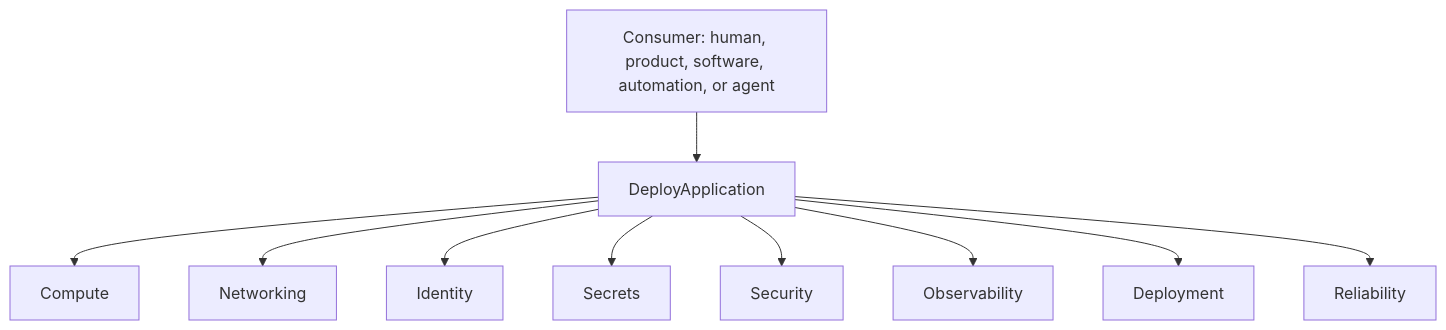
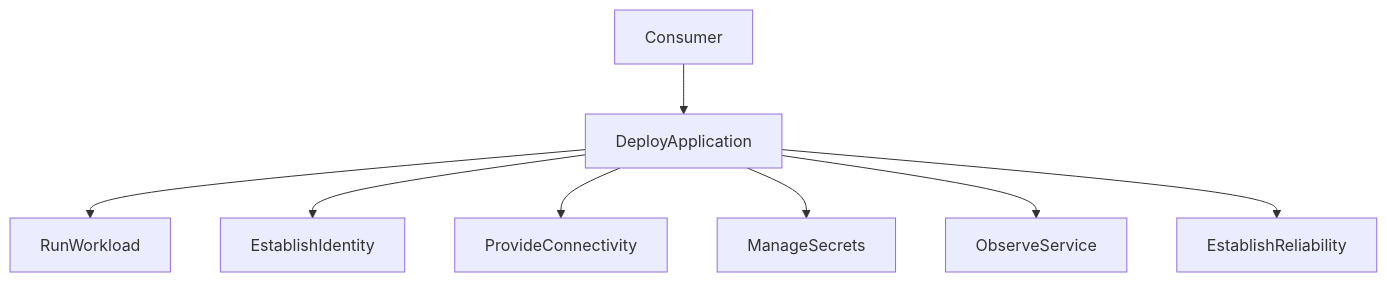
One commit to opsdevcode/convergence changed the diagram in diagrams/deploy-application-composition.md. Above: the diagram before and after it, drawn with Mermaid. The commit also changed other lines of this file and 58 other files, not shown here.

````diff
--- a/diagrams/deploy-application-composition.md
+++ b/diagrams/deploy-application-composition.md
@@ -9,24 +6,20 @@
 ```mermaid
 flowchart TB
-  Consumer["Consumer: human, product, software, automation, or agent"]
+  Consumer["Consumer"]
   Deploy["DeployApplication"]
 
-  Compute["Compute"]
-  Net["Networking"]
-  Id["Identity"]
-  Secrets["Secrets"]
-  Sec["Security"]
-  Obs["Observability"]
-  Dep["Deployment"]
-  Rel["Reliability"]
+  Run["RunWorkload"]
+  Id["EstablishIdentity"]
+  Net["ProvideConnectivity"]
+  Secrets["ManageSecrets"]
+  Obs["ObserveService"]
+  Rel["EstablishReliability"]
 
   Consumer --> Deploy
-  Deploy --> Compute
+  Deploy --> Run
+  Deploy --> Id
   Deploy --> Net
-  Deploy --> Id
   Deploy --> Secrets
-  Deploy --> Sec
   Deploy --> Obs
-  Deploy --> Dep
   Deploy --> Rel
 ```
````
